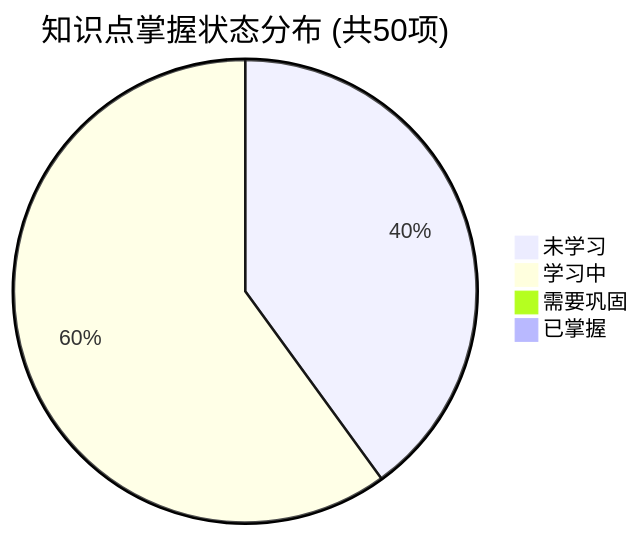
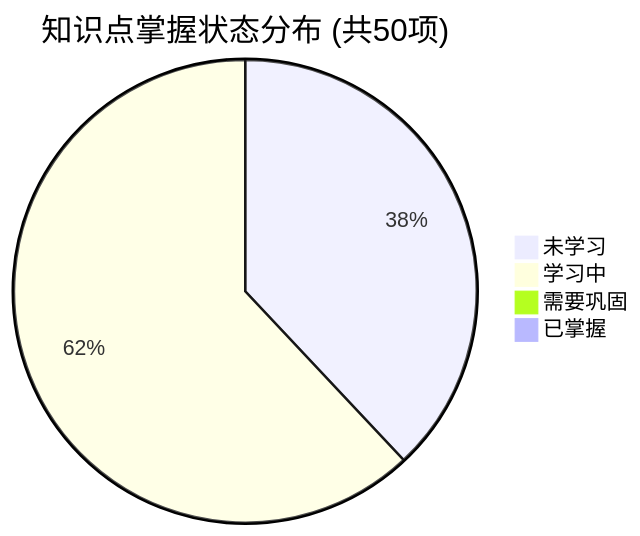
One commit to tieke1121/tech-interview-knowledge-base changed the first of 2 diagrams in PROGRESS.md. Above: the diagram before and after it, drawn with Mermaid. The commit also changed other lines of this file and 1 other file, not shown here.

````diff
--- a/PROGRESS.md
+++ b/PROGRESS.md
@@ -23,7 +23,7 @@
 ```mermaid
 pie title 知识点掌握状态分布 (共50项)
-    "未学习" : 20
-    "学习中" : 30
+    "未学习" : 19
+    "学习中" : 31
     "需要巩固" : 0
     "已掌握" : 0
 ```
````
